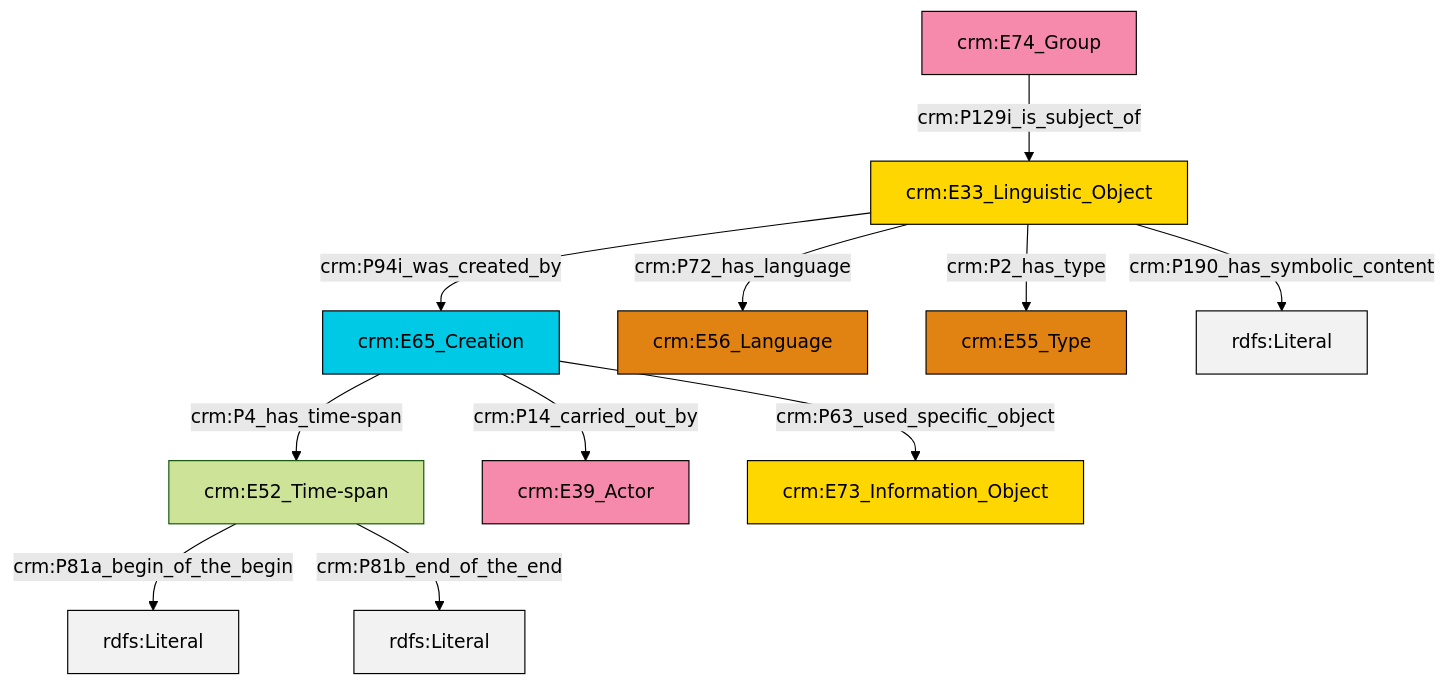
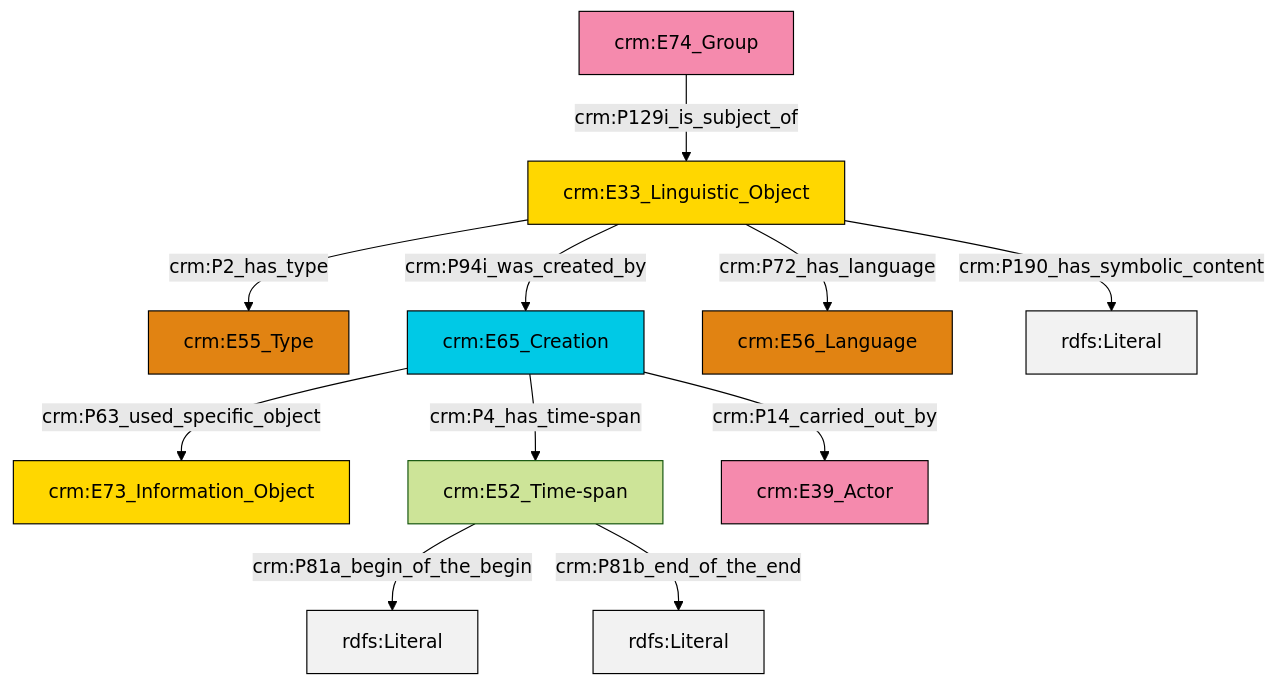
One commit to swiss-art-research-net/reference-data-models changed the diagram in et/groupCSV/ttl/mmd/group_description.ttl.mmd. Above: the diagram before and after it, drawn with Mermaid (forest theme). The commit also changed 151 other files, not shown here.

```diff
--- a/et/groupCSV/ttl/mmd/group_description.ttl.mmd
+++ b/et/groupCSV/ttl/mmd/group_description.ttl.mmd
@@ -1,25 +1,25 @@
 graph TD
 classDef Literal fill:#f2f2f2,stroke:#000000;
 classDef CRM_Entity fill:#FFFFFF,stroke:#000000;
 classDef Temporal_Entity fill:#00C9E6, stroke:#000000;
 classDef Type fill:#E18312, stroke:#000000;
 classDef Time-Span fill:#2C9C91, stroke:#000000;
 classDef Appellation fill:#FFEB7F, stroke:#000000;
 classDef Place fill:#008836, stroke:#000000;
 classDef Persistent_Item fill:#B266B2, stroke:#000000;
 classDef Conceptual_Object fill:#FFD700, stroke:#000000;
 classDef Physical_Thing fill:#D2B48C, stroke:#000000;
 classDef Actor fill:#f58aad, stroke:#000000;
 classDef PC_Classes fill:#4ce600, stroke:#000000;
 classDef Multi fill:#cccccc,stroke:#000000;
 
-0["crm:E52_Time-span"]:::Default -->|crm:P81a_begin_of_the_begin| 1[rdfs:Literal]:::Literal
-2["crm:E65_Creation"]:::Temporal_Entity -->|crm:P14_carried_out_by| 3["crm:E39_Actor"]:::Actor
-4["crm:E74_Group"]:::Actor -->|crm:P129i_is_subject_of| 5["crm:E33_Linguistic_Object"]:::Conceptual_Object
-5["crm:E33_Linguistic_Object"]:::Conceptual_Object -->|crm:P94i_was_created_by| 2["crm:E65_Creation"]:::Temporal_Entity
-2["crm:E65_Creation"]:::Temporal_Entity -->|crm:P4_has_time-span| 0["crm:E52_Time-span"]:::Default
-5["crm:E33_Linguistic_Object"]:::Conceptual_Object -->|crm:P72_has_language| 7["crm:E56_Language"]:::Type
-5["crm:E33_Linguistic_Object"]:::Conceptual_Object -->|crm:P2_has_type| 8["crm:E55_Type"]:::Type
-2["crm:E65_Creation"]:::Temporal_Entity -->|crm:P63_used_specific_object| 10["crm:E73_Information_Object"]:::Conceptual_Object
-5["crm:E33_Linguistic_Object"]:::Conceptual_Object -->|crm:P190_has_symbolic_content| 12[rdfs:Literal]:::Literal
-0["crm:E52_Time-span"]:::Default -->|crm:P81b_end_of_the_end| 18[rdfs:Literal]:::Literal
+0["crm:E33_Linguistic_Object"]:::Conceptual_Object -->|crm:P2_has_type| 1["crm:E55_Type"]:::Type
+9["crm:E52_Time-span"]:::Default -->|crm:P81a_begin_of_the_begin| 10[rdfs:Literal]:::Literal
+0["crm:E33_Linguistic_Object"]:::Conceptual_Object -->|crm:P72_has_language| 6["crm:E56_Language"]:::Type
+4["crm:E65_Creation"]:::Temporal_Entity -->|crm:P63_used_specific_object| 2["crm:E73_Information_Object"]:::Conceptual_Object
+4["crm:E65_Creation"]:::Temporal_Entity -->|crm:P14_carried_out_by| 11["crm:E39_Actor"]:::Actor
+0["crm:E33_Linguistic_Object"]:::Conceptual_Object -->|crm:P190_has_symbolic_content| 15[rdfs:Literal]:::Literal
+0["crm:E33_Linguistic_Object"]:::Conceptual_Object -->|crm:P94i_was_created_by| 4["crm:E65_Creation"]:::Temporal_Entity
+9["crm:E52_Time-span"]:::Default -->|crm:P81b_end_of_the_end| 16[rdfs:Literal]:::Literal
+17["crm:E74_Group"]:::Actor -->|crm:P129i_is_subject_of| 0["crm:E33_Linguistic_Object"]:::Conceptual_Object
+4["crm:E65_Creation"]:::Temporal_Entity -->|crm:P4_has_time-span| 9["crm:E52_Time-span"]:::Default
```
